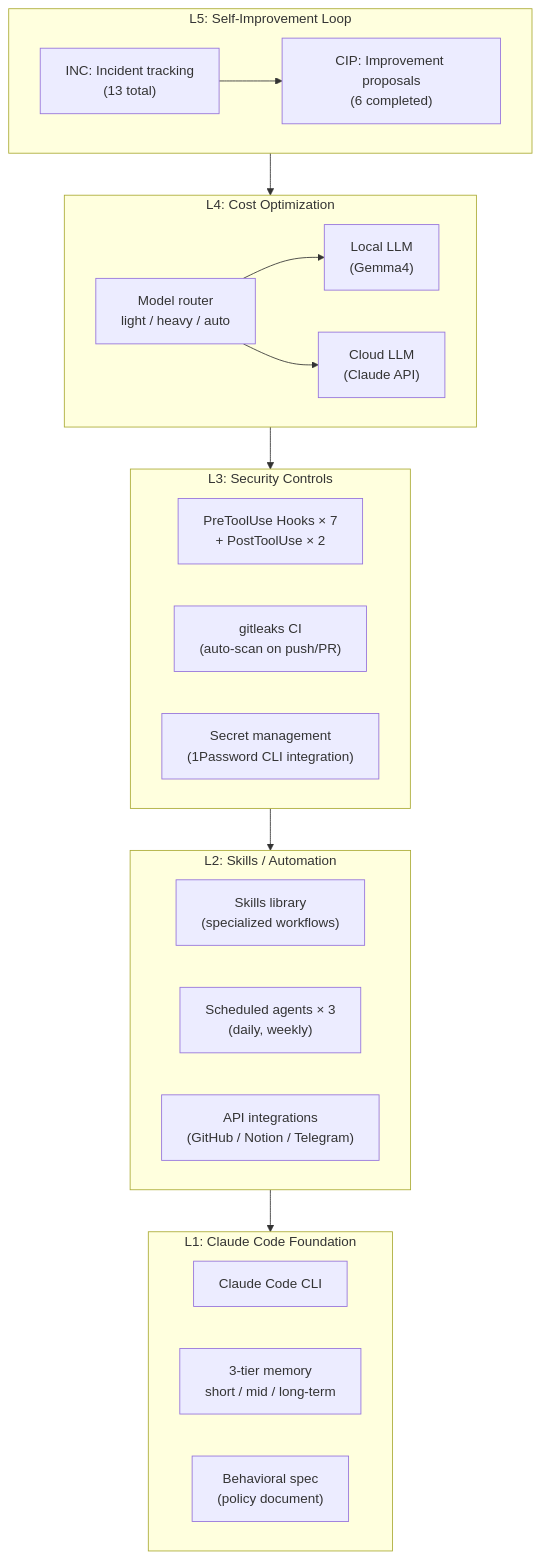
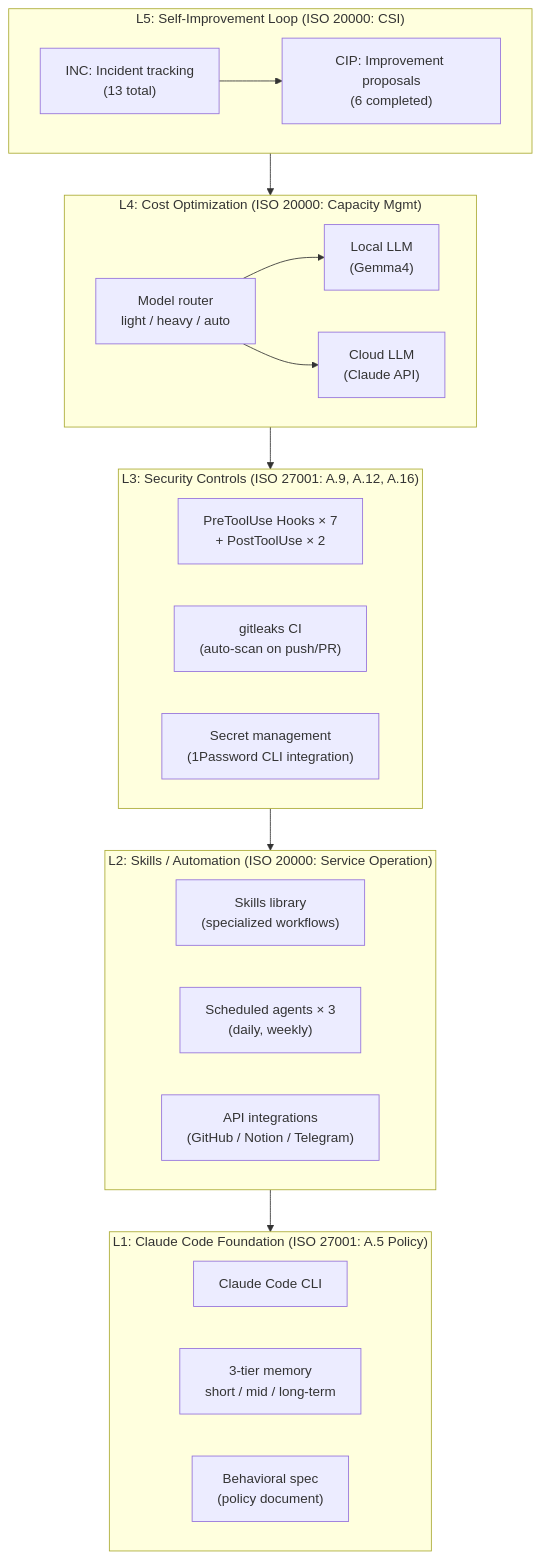
Before and after one commit to tiktax/ai-infra-portfolio: the second of 3 diagrams in docs/architecture.md, drawn with Mermaid. The commit also changed other lines of this file and 3 other files, not shown here.

Commit message:
docs: full English conversion — achievements, policy, architecture

````diff
--- a/docs/architecture.md
+++ b/docs/architecture.md
@@ -38,39 +40,39 @@
 ```mermaid
 graph TB
-    subgraph L5["L5: Self-Improvement Loop"]
+    subgraph L5["L5: Self-Improvement Loop (ISO 20000: CSI)"]
         INC["INC: Incident tracking<br/>(13 total)"]
         CIP["CIP: Improvement proposals<br/>(6 completed)"]
         INC --> CIP
     end
 
-    subgraph L4["L4: Cost Optimization"]
+    subgraph L4["L4: Cost Optimization (ISO 20000: Capacity Mgmt)"]
         Router["Model router<br/>light / heavy / auto"]
         LocalLLM["Local LLM<br/>(Gemma4)"]
         CloudLLM["Cloud LLM<br/>(Claude API)"]
         Router --> LocalLLM
         Router --> CloudLLM
     end
 
-    subgraph L3["L3: Security Controls"]
+    subgraph L3["L3: Security Controls (ISO 27001: A.9, A.12, A.16)"]
         Hooks["PreToolUse Hooks × 7<br/>+ PostToolUse × 2"]
         gitleaks["gitleaks CI<br/>(auto-scan on push/PR)"]
         SecretsMgr["Secret management<br/>(1Password CLI integration)"]
     end
 
-    subgraph L2["L2: Skills / Automation"]
+    subgraph L2["L2: Skills / Automation (ISO 20000: Service Operation)"]
         Skills["Skills library<br/>(specialized workflows)"]
         Scheduled["Scheduled agents × 3<br/>(daily, weekly)"]
         Integrations["API integrations<br/>(GitHub / Notion / Telegram)"]
     end
 
-    subgraph L1["L1: Claude Code Foundation"]
+    subgraph L1["L1: Claude Code Foundation (ISO 27001: A.5 Policy)"]
         CC["Claude Code CLI"]
         Memory["3-tier memory<br/>short / mid / long-term"]
         CLAUDE_MD["Behavioral spec<br/>(policy document)"]
     end
 
     L5 --> L4
     L4 --> L3
     L3 --> L2
     L2 --> L1
 ```
````
